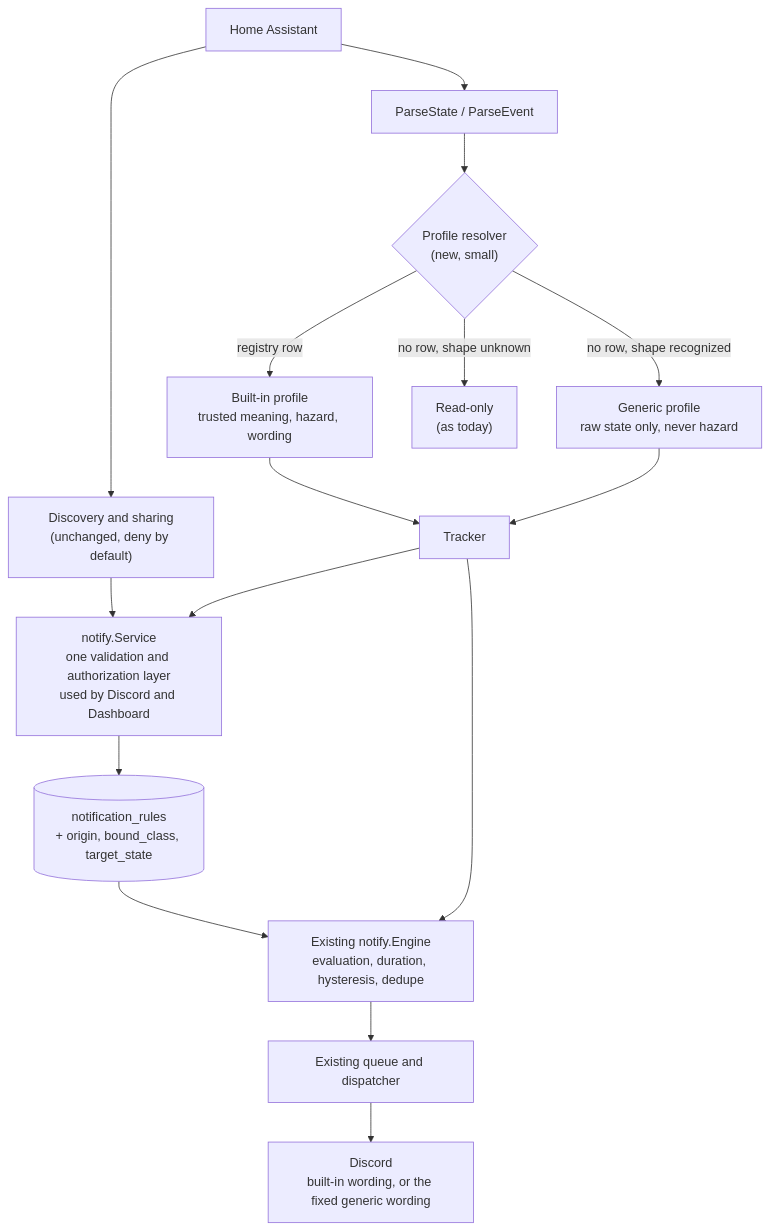
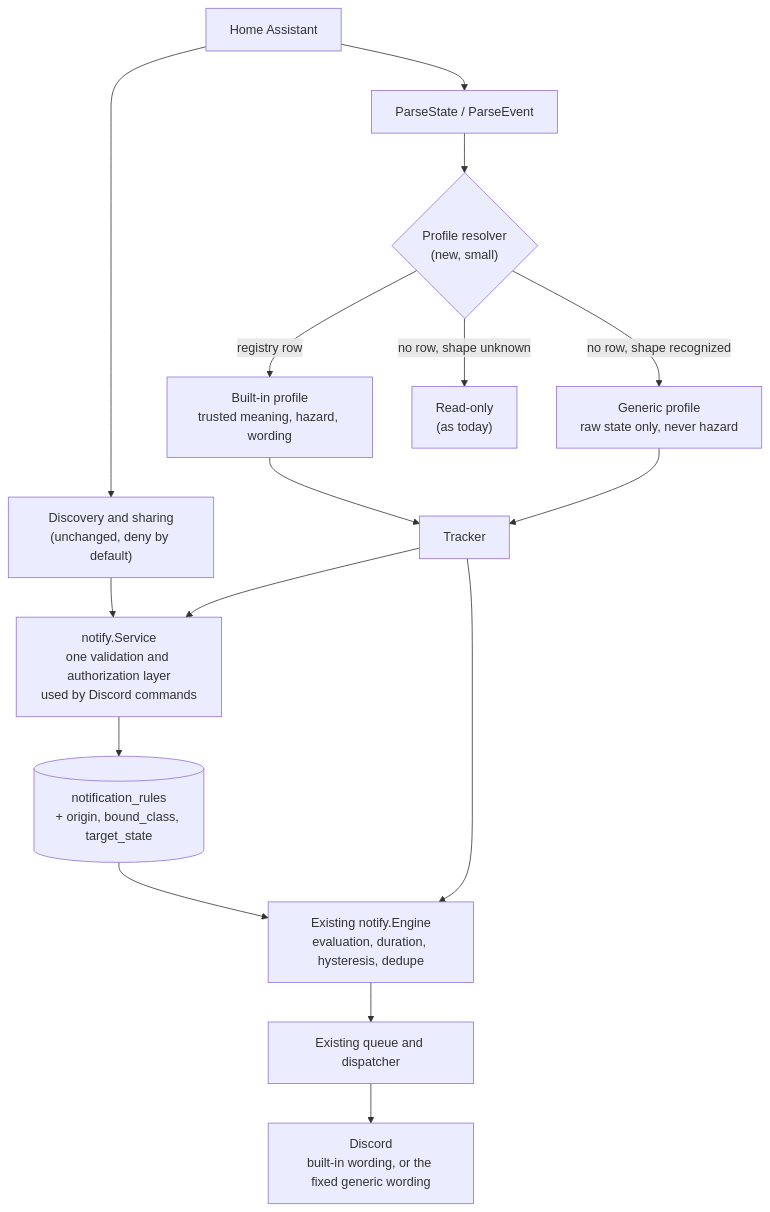
Before and after one commit to nepthass/nepthass: the diagram in docs/architecture/dynamic-sensor-types-design.md, drawn with Mermaid. The commit also changed other lines of this file and 6 other files, not shown here.

````diff
--- a/docs/architecture/dynamic-sensor-types-design.md
+++ b/docs/architecture/dynamic-sensor-types-design.md
@@ -43,18 +43,18 @@
 ```mermaid
 flowchart TD
     HA["Home Assistant"] --> DISC["Discovery and sharing<br/>(unchanged, deny by default)"]
     HA --> PARSE["ParseState / ParseEvent"]
     PARSE --> RES{"Profile resolver<br/>(new, small)"}
     RES -- "registry row" --> BI["Built-in profile<br/>trusted meaning, hazard, wording"]
     RES -- "no row, shape recognized" --> GEN["Generic profile<br/>raw state only, never hazard"]
     RES -- "no row, shape unknown" --> RO["Read-only<br/>(as today)"]
     BI --> TRK["Tracker"]
     GEN --> TRK
     DISC --> SVC
-    TRK --> SVC["notify.Service<br/>one validation and authorization layer<br/>used by Discord and Dashboard"]
+    TRK --> SVC["notify.Service<br/>one validation and authorization layer<br/>used by Discord commands"]
     SVC --> DB[("notification_rules<br/>+ origin, bound_class, target_state")]
     DB --> ENG["Existing notify.Engine<br/>evaluation, duration, hysteresis, dedupe"]
     TRK --> ENG
     ENG --> Q["Existing queue and dispatcher"]
     Q --> DC["Discord<br/>built-in wording, or the fixed generic wording"]
 ```
````
